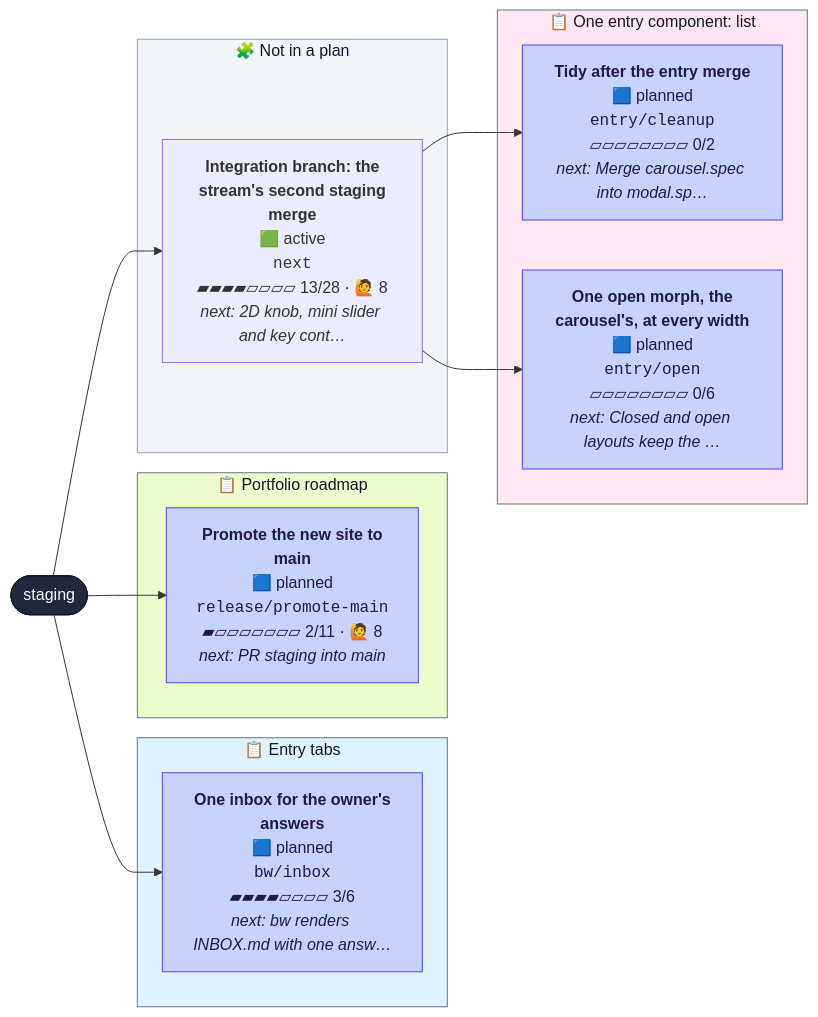
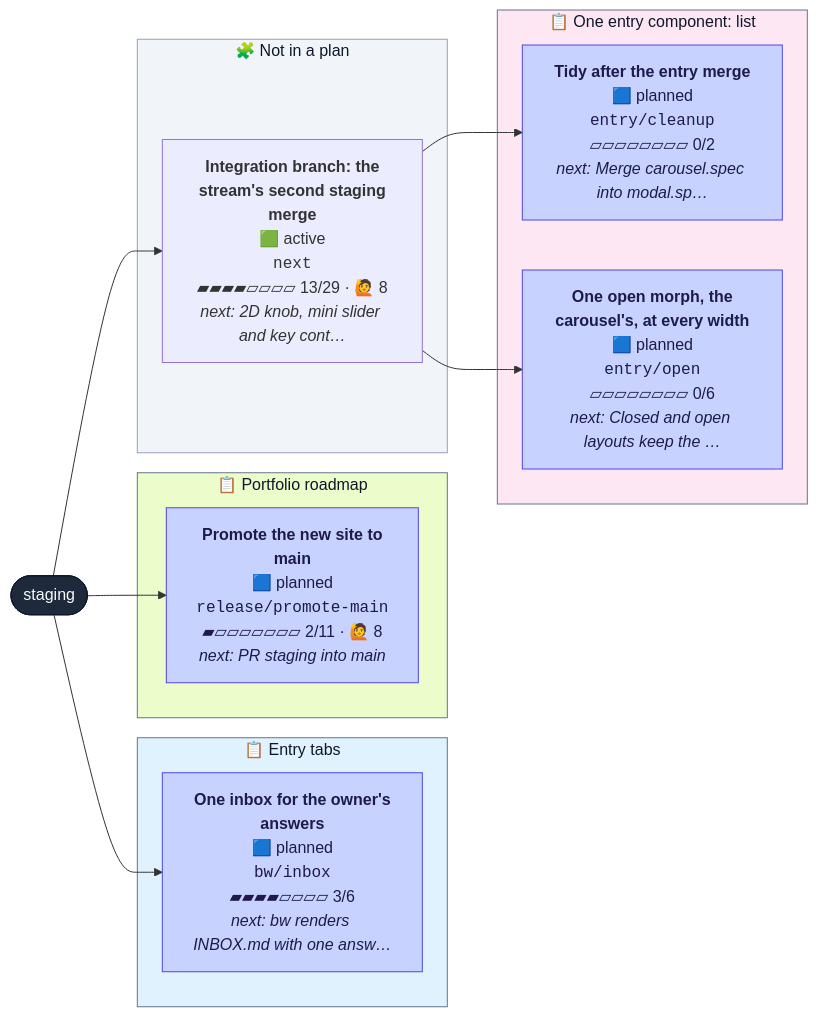
Before and after one commit to henryjonescodes/portfolio: the diagram in CONTRIBUTING.md, drawn with Mermaid. The commit also changed other lines of this file, not shown here.

````diff
--- a/CONTRIBUTING.md
+++ b/CONTRIBUTING.md
@@ -16,38 +16,38 @@
 ```mermaid
 flowchart LR
   n_staging([staging])
   class n_staging trunk
   subgraph plan_0["📋 Entry tabs"]
     n_bw_inbox["<b>One inbox for the owner's<br/>answers</b><br/>🟦 planned<br/><code>bw/inbox</code><br/>▰▰▰▰▱▱▱▱ 3/6<br/><i>next: bw renders INBOX.md with one answ…</i>"]
     class n_bw_inbox planned
   end
   style plan_0 fill:#e0f2fe,stroke:#64748b,color:#0f172a
   subgraph plan_1["📋 One entry component: list"]
     n_entry_cleanup["<b>Tidy after the entry merge</b><br/>🟦 planned<br/><code>entry/cleanup</code><br/>▱▱▱▱▱▱▱▱ 0/2<br/><i>next: Merge carousel.spec into modal.sp…</i>"]
     class n_entry_cleanup planned
     n_entry_open["<b>One open morph, the<br/>carousel's, at every width</b><br/>🟦 planned<br/><code>entry/open</code><br/>▱▱▱▱▱▱▱▱ 0/6<br/><i>next: Closed and open layouts keep the …</i>"]
     class n_entry_open planned
   end
   style plan_1 fill:#fce7f3,stroke:#64748b,color:#0f172a
   subgraph plan_2["📋 Portfolio roadmap"]
     n_release_promote_main["<b>Promote the new site to<br/>main</b><br/>🟦 planned<br/><code>release/promote-main</code><br/>▰▱▱▱▱▱▱▱ 2/11 · 🙋 8<br/><i>next: PR staging into main</i>"]
     class n_release_promote_main planned
   end
   style plan_2 fill:#ecfccb,stroke:#64748b,color:#0f172a
   subgraph loose["🧩 Not in a plan"]
-    n_next["<b>Integration branch: the<br/>stream's second staging<br/>merge</b><br/>🟩 active<br/><code>next</code><br/>▰▰▰▰▱▱▱▱ 13/28 · 🙋 8<br/><i>next: 2D knob, mini slider and key cont…</i>"]
+    n_next["<b>Integration branch: the<br/>stream's second staging<br/>merge</b><br/>🟩 active<br/><code>next</code><br/>▰▰▰▰▱▱▱▱ 13/29 · 🙋 8<br/><i>next: 2D knob, mini slider and key cont…</i>"]
     class n_next active,current
   end
   style loose fill:#f1f5f9,stroke:#94a3b8,color:#0f172a
   n_staging --> n_bw_inbox
   n_next --> n_entry_cleanup
   n_next --> n_entry_open
   n_staging --> n_next
   n_staging --> n_release_promote_main
   classDef planned fill:#c7d2fe,stroke:#4f46e5,color:#1e1b4b
   classDef active fill:#bbf7d0,stroke:#16a34a,stroke-width:3px,color:#052e16
   classDef review fill:#fde68a,stroke:#d97706,stroke-width:3px,color:#451a03
   classDef blocked fill:#fecaca,stroke:#dc2626,stroke-width:3px,color:#450a0a
   classDef trunk fill:#1e293b,stroke:#0f172a,color:#f8fafc
   classDef current stroke:#0ea5e9,stroke-width:5px
 ```
````
